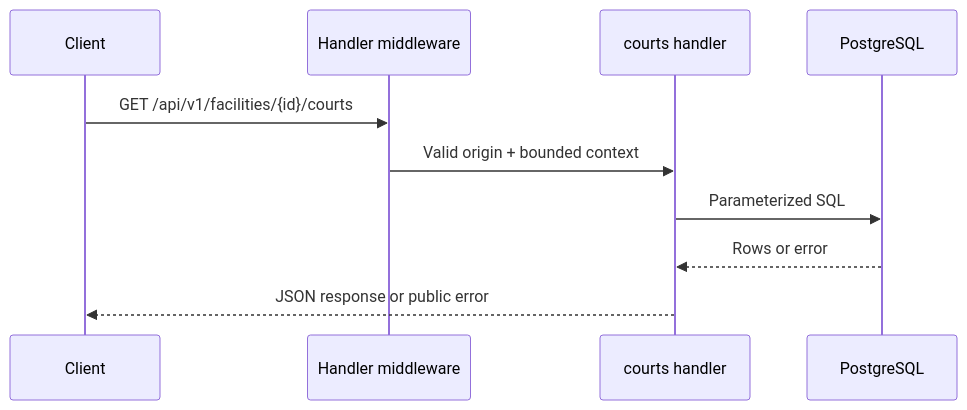
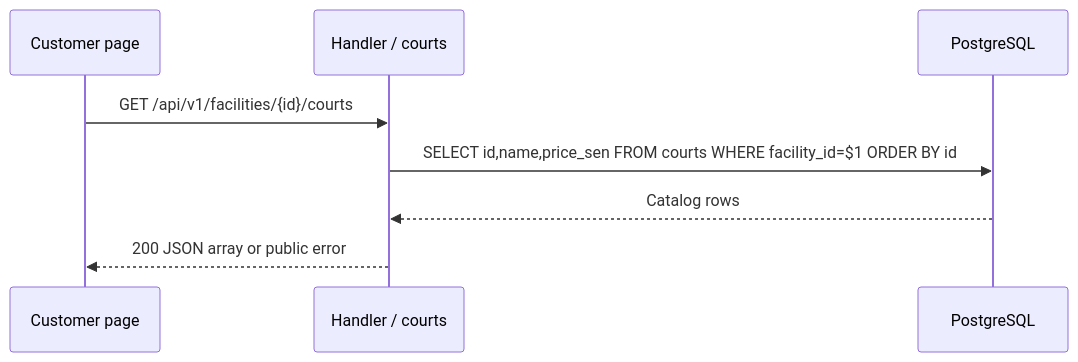
Before and after one commit to dilutedbrainjuice/courtflow: the diagram in buildDocs/buildDocs/CourtFlow/system-analysis/courts.md, drawn with Mermaid. The commit also changed other lines of this file and 9 other files, not shown here.

````diff
--- a/buildDocs/buildDocs/CourtFlow/system-analysis/courts.md
+++ b/buildDocs/buildDocs/CourtFlow/system-analysis/courts.md
@@ -40,12 +91,10 @@
 ```mermaid
 sequenceDiagram
-    participant C as Client
-    participant M as Handler middleware
-    participant H as courts handler
+    participant W as Customer page
+    participant A as Handler / courts
     participant D as PostgreSQL
-    C->>M: GET /api/v1/facilities/{id}/courts
-    M->>H: Valid origin + bounded context
-    H->>D: Parameterized SQL
-    D-->>H: Rows or error
-    H-->>C: JSON response or public error
+    W->>A: GET /api/v1/facilities/{id}/courts
+    A->>D: SELECT id,name,price_sen FROM courts WHERE facility_id=$1 ORDER BY id
+    D-->>A: Catalog rows
+    A-->>W: 200 JSON array or public error
 ```
````
